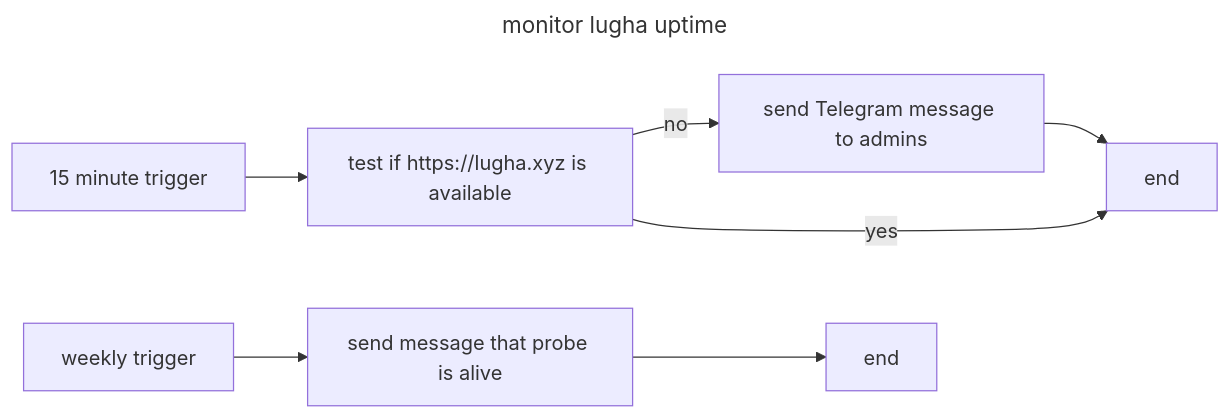
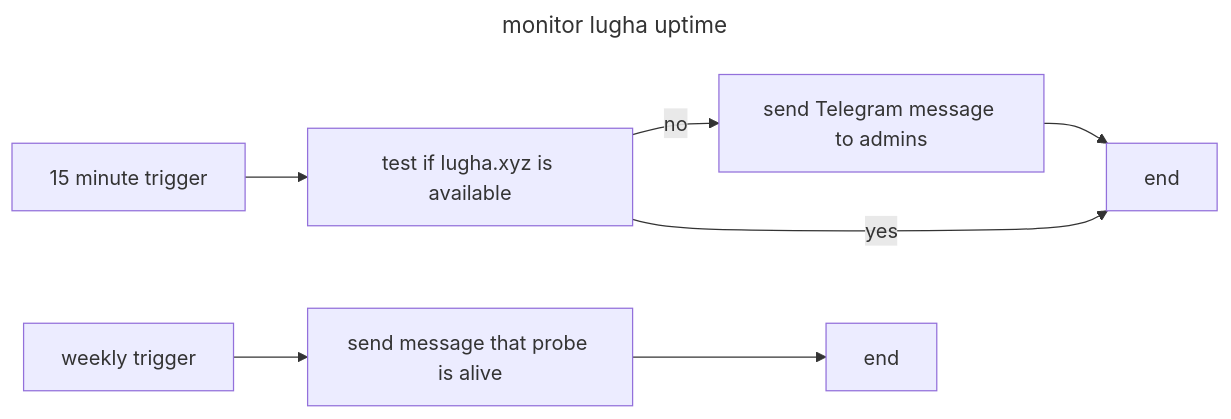
The second of 3 diagrams in docs/processes.md (khaldoun-xyz/standard), drawn with Mermaid before and after one commit.

Commit message:
:bug: fix bug in lugha maintenance

```diff
--- a/docs/processes.md
+++ b/docs/processes.md
@@ -90,12 +90,12 @@
 ~~~mermaid
 ---
 title: monitor lugha uptime 
 ---
 flowchart LR
-  A[15 minute trigger] --> B[test if https://lugha.xyz is available]
+  A[15 minute trigger] --> B[test if lugha.xyz is available]
   B --> |no| C[send Telegram message to admins]
   B --> |yes| D[end]
   C --> D[end]
   E[weekly trigger] --> F[send message that probe is alive]
   F --> G[end]
 ~~~
```
